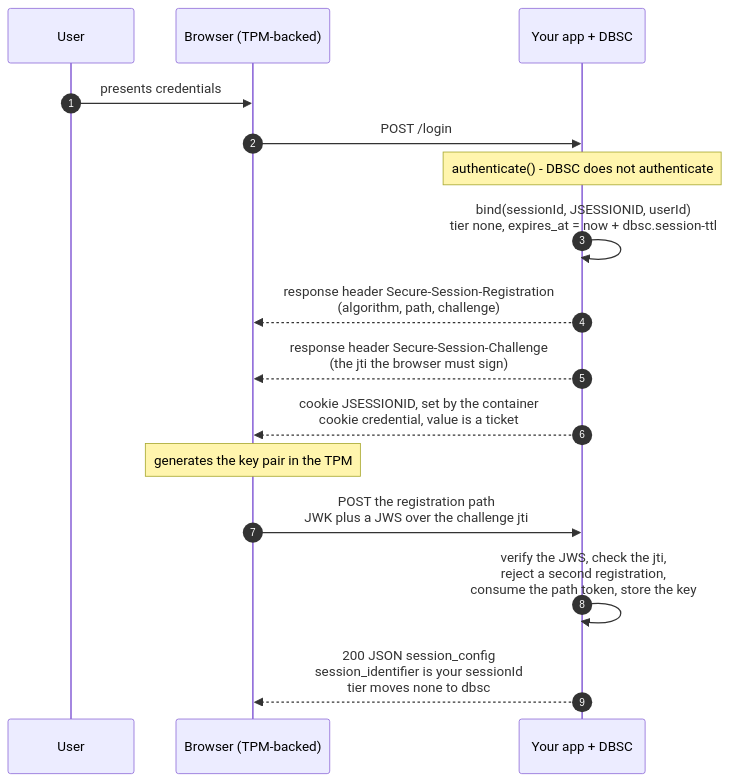
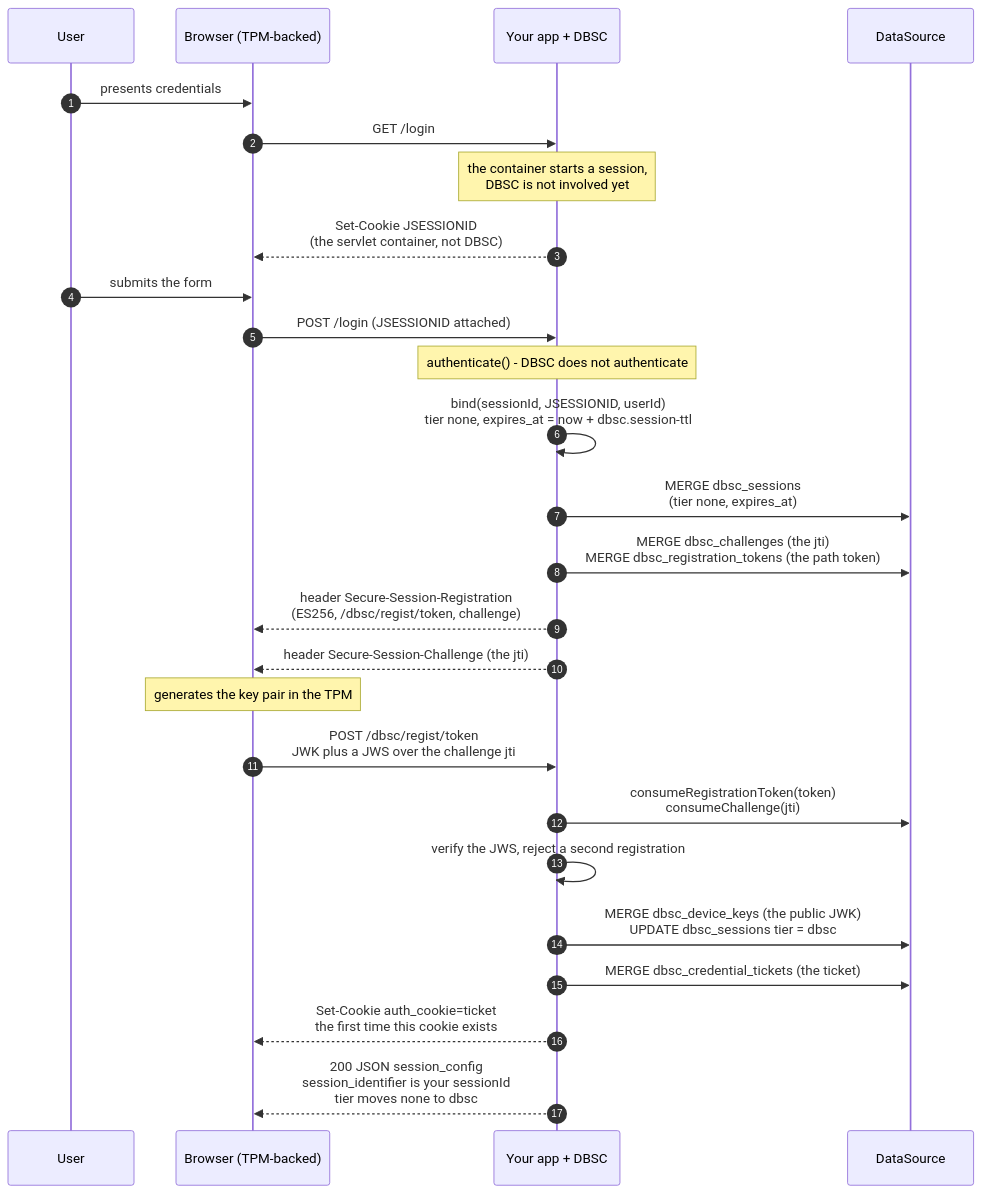
Before and after one commit to yuukioosaka/spring-dbsc: the third of 12 diagrams in README.md, drawn with Mermaid. The commit also changed other lines of this file, not shown here.

First line of the commit message:
README: fix the login/registration cookie story and add storage to the diagrams

````diff
--- a/README.md
+++ b/README.md
@@ -525,19 +525,29 @@
 ```mermaid
 sequenceDiagram
     autonumber
     participant U as User
     participant B as Browser (TPM-backed)
     participant S as Your app + DBSC
+    participant D as DataSource
 
     U->>B: presents credentials
-    B->>S: POST /login
+    B->>S: GET /login
+    Note over S: the container starts a session,<br/>DBSC is not involved yet
+    S-->>B: Set-Cookie JSESSIONID<br/>(the servlet container, not DBSC)
+    U->>B: submits the form
+    B->>S: POST /login (JSESSIONID attached)
     Note over S: authenticate() - DBSC does not authenticate
     S->>S: bind(sessionId, JSESSIONID, userId)<br/>tier none, expires_at = now + dbsc.session-ttl
-    S-->>B: response header Secure-Session-Registration<br/>(algorithm, path, challenge)
-    S-->>B: response header Secure-Session-Challenge<br/>(the jti the browser must sign)
-    S-->>B: cookie JSESSIONID, set by the container<br/>cookie credential, value is a ticket
+    S->>D: MERGE dbsc_sessions<br/>(tier none, expires_at)
+    S->>D: MERGE dbsc_challenges (the jti)<br/>MERGE dbsc_registration_tokens (the path token)
+    S-->>B: header Secure-Session-Registration<br/>(ES256, /dbsc/regist/token, challenge)
+    S-->>B: header Secure-Session-Challenge (the jti)
     Note over B: generates the key pair in the TPM
-    B->>S: POST the registration path<br/>JWK plus a JWS over the challenge jti
-    S->>S: verify the JWS, check the jti,<br/>reject a second registration,<br/>consume the path token, store the key
+    B->>S: POST /dbsc/regist/token<br/>JWK plus a JWS over the challenge jti
+    S->>D: consumeRegistrationToken(token)<br/>consumeChallenge(jti)
+    S->>S: verify the JWS, reject a second registration
+    S->>D: MERGE dbsc_device_keys (the public JWK)<br/>UPDATE dbsc_sessions tier = dbsc
+    S->>D: MERGE dbsc_credential_tickets (the ticket)
+    S-->>B: Set-Cookie auth_cookie=ticket<br/>the first time this cookie exists
     S-->>B: 200 JSON session_config<br/>session_identifier is your sessionId<br/>tier moves none to dbsc
 ```
````
